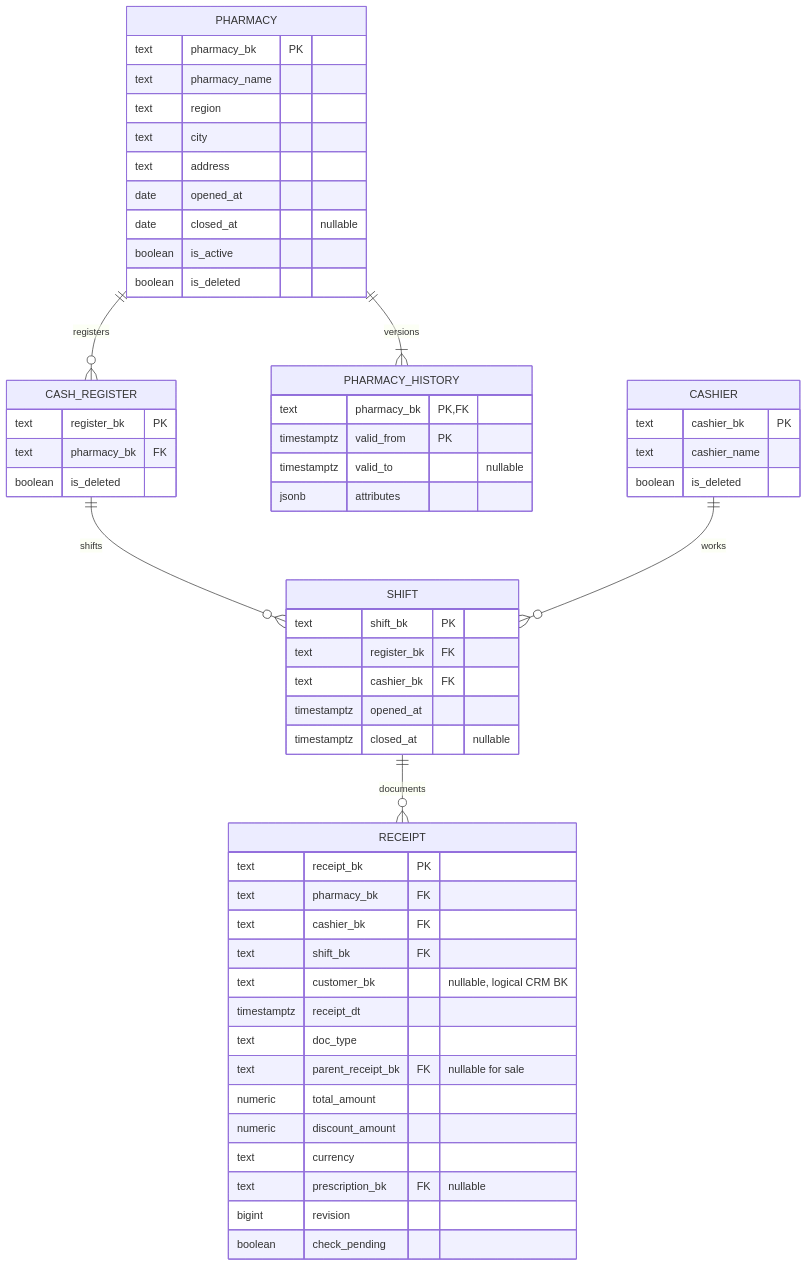
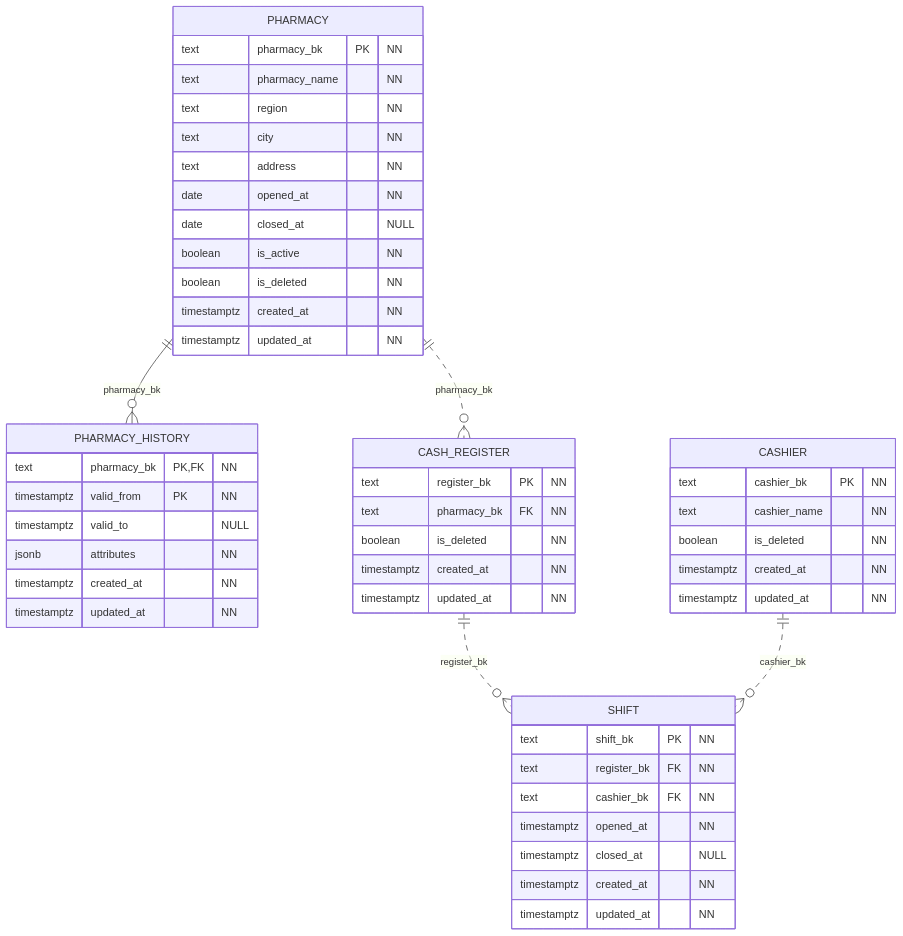
One commit to alexey077/dwh changed the first of 4 diagrams in docs/erd/pos.md. Above: the diagram before and after it, drawn with Mermaid. The commit also changed other lines of this file and 5 other files, not shown here.

Commit message:
Complete physical ER diagrams and correct keys and cardinalities [skip ci]

````diff
--- a/docs/erd/pos.md
+++ b/docs/erd/pos.md
@@ -5,58 +15,52 @@
 ```mermaid
 erDiagram
-    PHARMACY ||--o{ CASH_REGISTER : registers
-    PHARMACY ||--|{ PHARMACY_HISTORY : versions
-    CASH_REGISTER ||--o{ SHIFT : shifts
-    CASHIER ||--o{ SHIFT : works
-    SHIFT ||--o{ RECEIPT : documents
+    direction TB
+    PHARMACY ||--o{ PHARMACY_HISTORY : "pharmacy_bk"
+    PHARMACY ||..o{ CASH_REGISTER : "pharmacy_bk"
+    CASH_REGISTER ||..o{ SHIFT : "register_bk"
+    CASHIER ||..o{ SHIFT : "cashier_bk"
     PHARMACY {
-        text pharmacy_bk PK
-        text pharmacy_name
-        text region
-        text city
-        text address
-        date opened_at
-        date closed_at "nullable"
-        boolean is_active
-        boolean is_deleted
+        text pharmacy_bk PK "NN"
+        text pharmacy_name "NN"
+        text region "NN"
+        text city "NN"
+        text address "NN"
+        date opened_at "NN"
+        date closed_at "NULL"
+        boolean is_active "NN"
+        boolean is_deleted "NN"
+        timestamptz created_at "NN"
+        timestamptz updated_at "NN"
     }
     PHARMACY_HISTORY {
-        text pharmacy_bk PK,FK
-        timestamptz valid_from PK
-        timestamptz valid_to "nullable"
-        jsonb attributes
+        text pharmacy_bk PK,FK "NN"
+        timestamptz valid_from PK "NN"
+        timestamptz valid_to "NULL"
+        jsonb attributes "NN"
+        timestamptz created_at "NN"
+        timestamptz updated_at "NN"
     }
     CASH_REGISTER {
-        text register_bk PK
-        text pharmacy_bk FK
-        boolean is_deleted
+        text register_bk PK "NN"
+        text pharmacy_bk FK "NN"
+        boolean is_deleted "NN"
+        timestamptz created_at "NN"
+        timestamptz updated_at "NN"
     }
     CASHIER {
-        text cashier_bk PK
-        text cashier_name
-        boolean is_deleted
+        text cashier_bk PK "NN"
+        text cashier_name "NN"
+        boolean is_deleted "NN"
+        timestamptz created_at "NN"
+        timestamptz updated_at "NN"
     }
     SHIFT {
-        text shift_bk PK
-        text register_bk FK
-        text cashier_bk FK
-        timestamptz opened_at
-        timestamptz closed_at "nullable"
-    }
-    RECEIPT {
-        text receipt_bk PK
-        text pharmacy_bk FK
-        text cashier_bk FK
-        text shift_bk FK
-        text customer_bk "nullable, logical CRM BK"
-        timestamptz receipt_dt
-        text doc_type
-        text parent_receipt_bk FK "nullable for sale"
-        numeric total_amount
-        numeric discount_amount
-        text currency
-        text prescription_bk FK "nullable"
-        bigint revision
-        boolean check_pending
+        text shift_bk PK "NN"
+        text register_bk FK "NN"
+        text cashier_bk FK "NN"
+        timestamptz opened_at "NN"
+        timestamptz closed_at "NULL"
+        timestamptz created_at "NN"
+        timestamptz updated_at "NN"
     }
 ```
````
